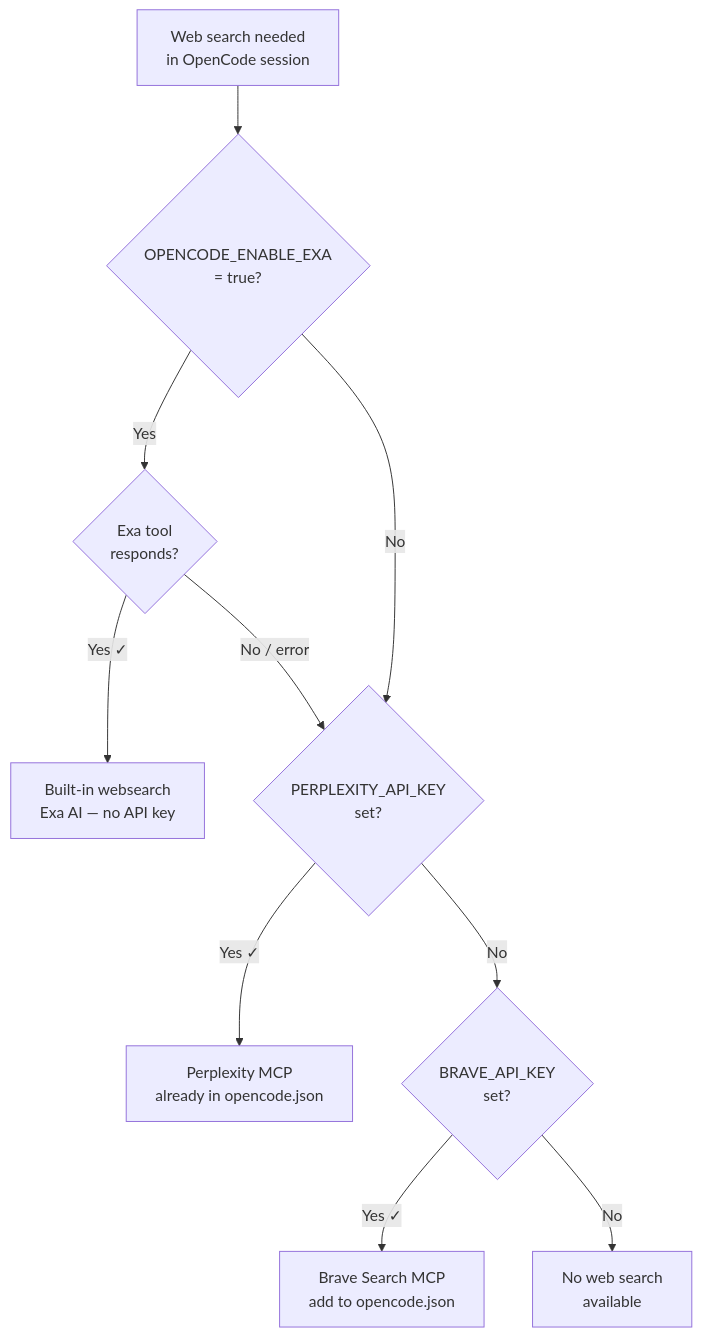
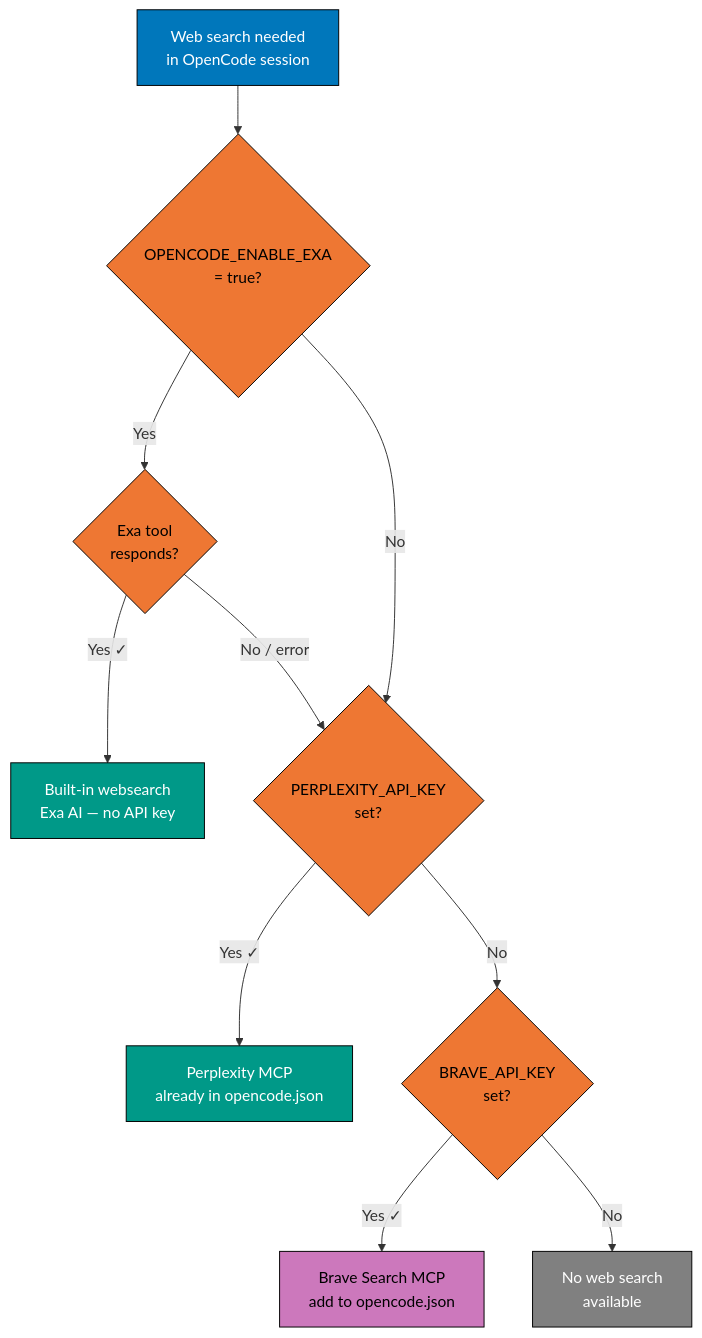
The third of 3 diagrams in plans/in-progress/2026-04-30__adopt-opencode-go/tech-docs.md (wahidyankf/ose-public), drawn with Mermaid before and after one commit. The commit also changed other lines of this file and 4 other files, not shown here.

````diff
--- a/plans/in-progress/2026-04-30__adopt-opencode-go/tech-docs.md
+++ b/plans/in-progress/2026-04-30__adopt-opencode-go/tech-docs.md
@@ -372,12 +392,21 @@
 ```mermaid
 flowchart TD
     A["Web search needed\nin OpenCode session"] --> B{"OPENCODE_ENABLE_EXA\n= true?"}
     B -->|Yes| C{"Exa tool\nresponds?"}
     C -->|"Yes ✓"| D["Built-in websearch\nExa AI — no API key"]
     C -->|"No / error"| E{"PERPLEXITY_API_KEY\nset?"}
     B -->|No| E
     E -->|"Yes ✓"| F["Perplexity MCP\nalready in opencode.json"]
     E -->|No| G{"BRAVE_API_KEY\nset?"}
     G -->|"Yes ✓"| H["Brave Search MCP\nadd to opencode.json"]
     G -->|No| I["No web search\navailable"]
+    style A fill:#0077BB,stroke:#000000,color:#FFFFFF
+    style B fill:#EE7733,stroke:#000000,color:#000000
+    style C fill:#EE7733,stroke:#000000,color:#000000
+    style D fill:#009988,stroke:#000000,color:#FFFFFF
+    style E fill:#EE7733,stroke:#000000,color:#000000
+    style F fill:#009988,stroke:#000000,color:#FFFFFF
+    style G fill:#EE7733,stroke:#000000,color:#000000
+    style H fill:#CC78BC,stroke:#000000,color:#000000
+    style I fill:#808080,stroke:#000000,color:#FFFFFF
 ```
````
